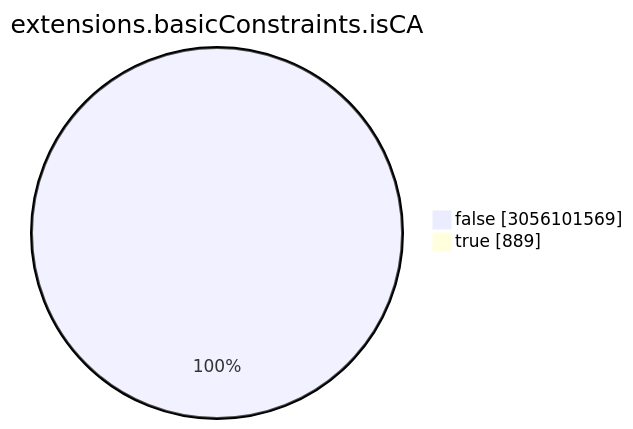
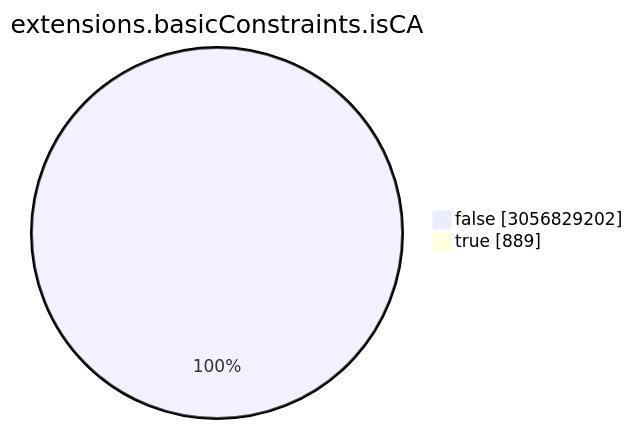
The seventh of 15 diagrams in TOTAL/README.md (christiankrug/ctmonitor_visualization), drawn with Mermaid before and after one commit. The commit also changed other lines of this file, not shown here.

````diff
--- a/TOTAL/README.md
+++ b/TOTAL/README.md
@@ -3088,6 +3088,6 @@
 ```mermaid
 pie showData
 title extensions.basicConstraints.isCA
-"false" :3056101569
+"false" :3056829202
 "true" :889
 ```
````
